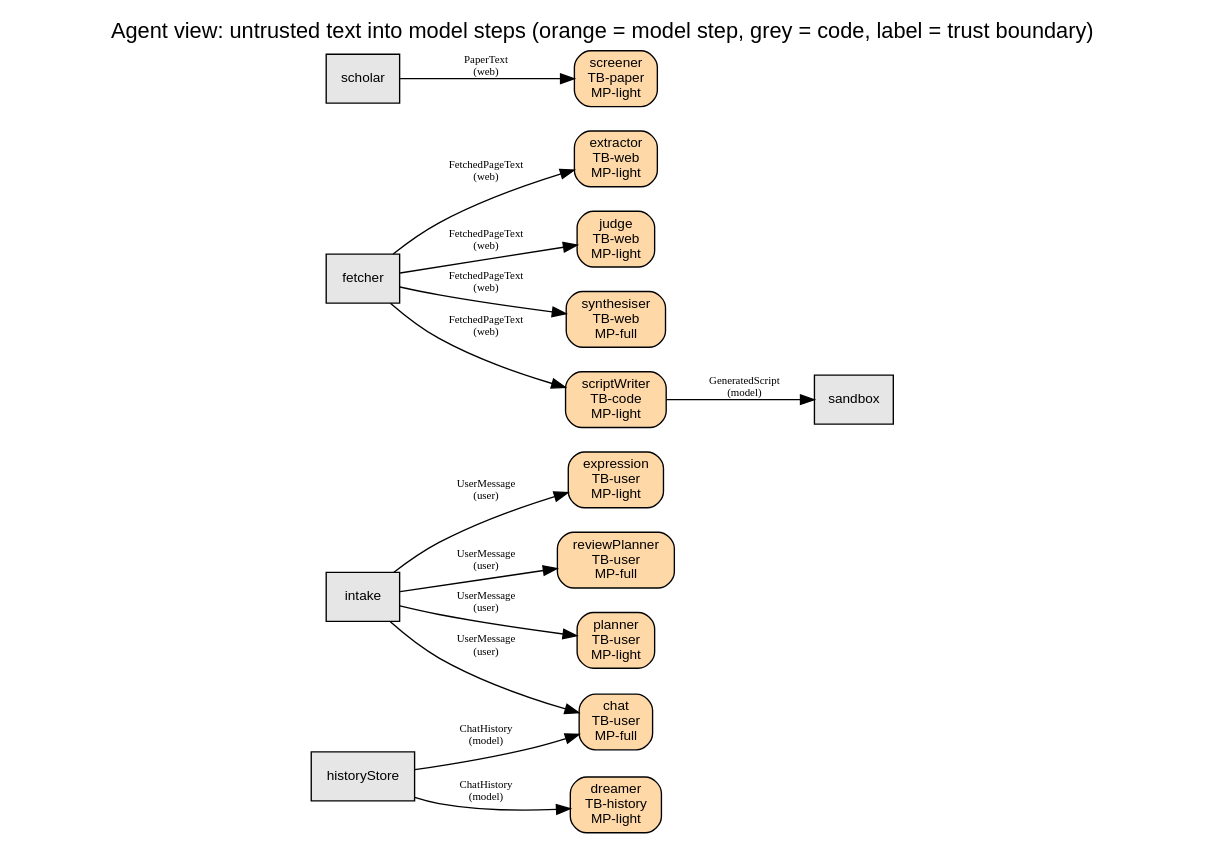
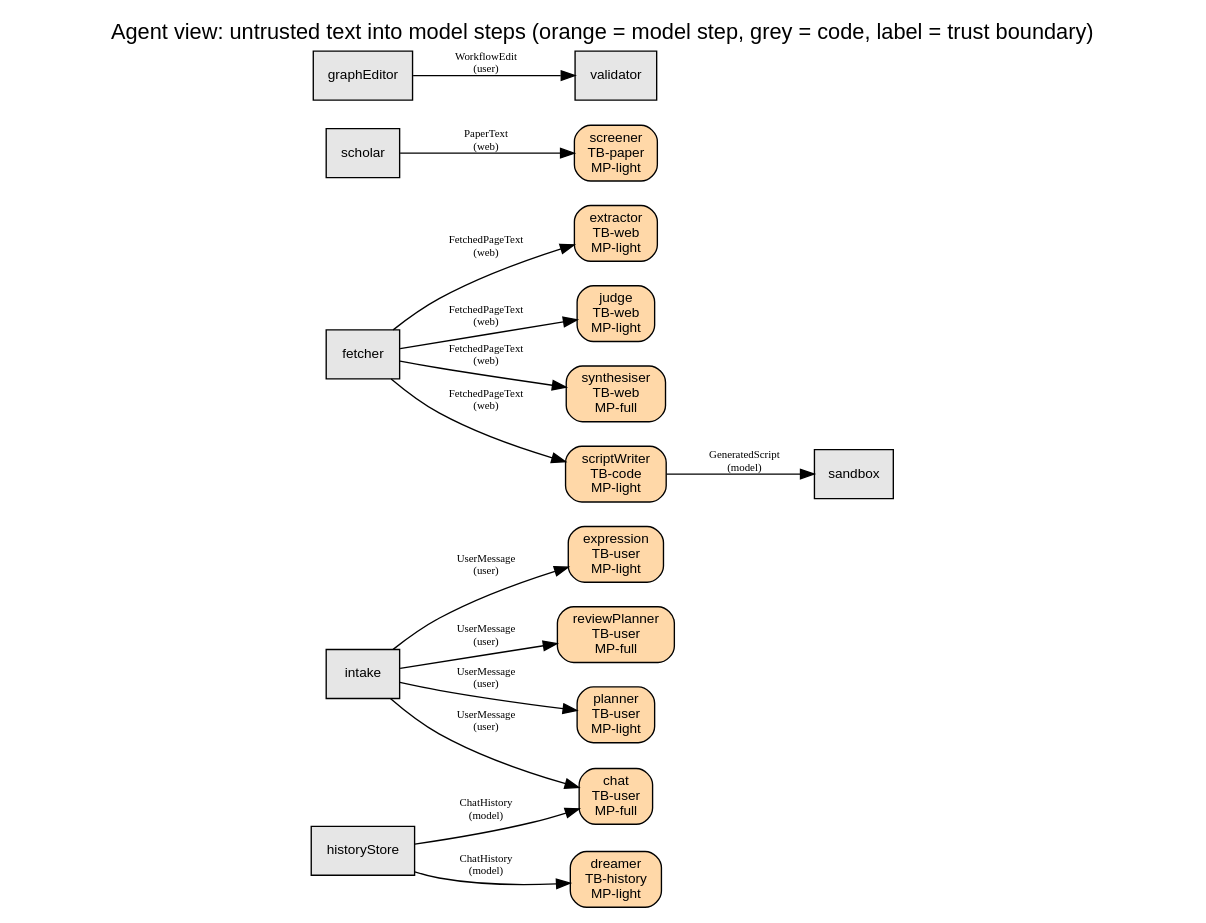
The diagram in specs/mia/diagrams/agent-view.dot (maldun/MIA), drawn with Graphviz before and after one commit. The commit also changed 6 other files, not shown here.

Commit message:
specs/mia: review step 5 (architecture): one context graph per workflow and one for the chat (FR-30), calibration.txt shared configuration, feedback interval a setting, decisions table, TB-edit in the agent view

```diff
--- a/specs/mia/diagrams/agent-view.dot
+++ b/specs/mia/diagrams/agent-view.dot
@@ -1,31 +1,34 @@
 digraph C {
 rankdir=LR; fontname="Helvetica"; node [fontname="Helvetica", fontsize=10, shape=box];
 label="Agent view: untrusted text into model steps (orange = model step, grey = code, label = trust boundary)"; labelloc=t; fontsize=16;
 "intake" [label="intake", style=filled, fillcolor="#e6e6e6"];
 "fetcher" [label="fetcher", style=filled, fillcolor="#e6e6e6"];
 "scholar" [label="scholar", style=filled, fillcolor="#e6e6e6"];
 "historyStore" [label="historyStore", style=filled, fillcolor="#e6e6e6"];
 "sandbox" [label="sandbox", style=filled, fillcolor="#e6e6e6"];
+"graphEditor" [label="graphEditor", style=filled, fillcolor="#e6e6e6"];
+"validator" [label="validator", style=filled, fillcolor="#e6e6e6"];
 "chat" [label="chat\nTB-user\nMP-full", style="filled,rounded", fillcolor="#ffd8a8"];
 "planner" [label="planner\nTB-user\nMP-light", style="filled,rounded", fillcolor="#ffd8a8"];
 "extractor" [label="extractor\nTB-web\nMP-light", style="filled,rounded", fillcolor="#ffd8a8"];
 "judge" [label="judge\nTB-web\nMP-light", style="filled,rounded", fillcolor="#ffd8a8"];
 "synthesiser" [label="synthesiser\nTB-web\nMP-full", style="filled,rounded", fillcolor="#ffd8a8"];
 "scriptWriter" [label="scriptWriter\nTB-code\nMP-light", style="filled,rounded", fillcolor="#ffd8a8"];
 "expression" [label="expression\nTB-user\nMP-light", style="filled,rounded", fillcolor="#ffd8a8"];
 "dreamer" [label="dreamer\nTB-history\nMP-light", style="filled,rounded", fillcolor="#ffd8a8"];
 "screener" [label="screener\nTB-paper\nMP-light", style="filled,rounded", fillcolor="#ffd8a8"];
 "reviewPlanner" [label="reviewPlanner\nTB-user\nMP-full", style="filled,rounded", fillcolor="#ffd8a8"];
 "intake" -> "chat" [label="UserMessage\n(user)", fontsize=8];
 "intake" -> "planner" [label="UserMessage\n(user)", fontsize=8];
 "intake" -> "expression" [label="UserMessage\n(user)", fontsize=8];
 "intake" -> "reviewPlanner" [label="UserMessage\n(user)", fontsize=8];
 "fetcher" -> "extractor" [label="FetchedPageText\n(web)", fontsize=8];
 "fetcher" -> "judge" [label="FetchedPageText\n(web)", fontsize=8];
 "fetcher" -> "synthesiser" [label="FetchedPageText\n(web)", fontsize=8];
 "fetcher" -> "scriptWriter" [label="FetchedPageText\n(web)", fontsize=8];
 "scholar" -> "screener" [label="PaperText\n(web)", fontsize=8];
 "historyStore" -> "chat" [label="ChatHistory\n(model)", fontsize=8];
 "historyStore" -> "dreamer" [label="ChatHistory\n(model)", fontsize=8];
 "scriptWriter" -> "sandbox" [label="GeneratedScript\n(model)", fontsize=8];
+"graphEditor" -> "validator" [label="WorkflowEdit\n(user)", fontsize=8];
 }
```
